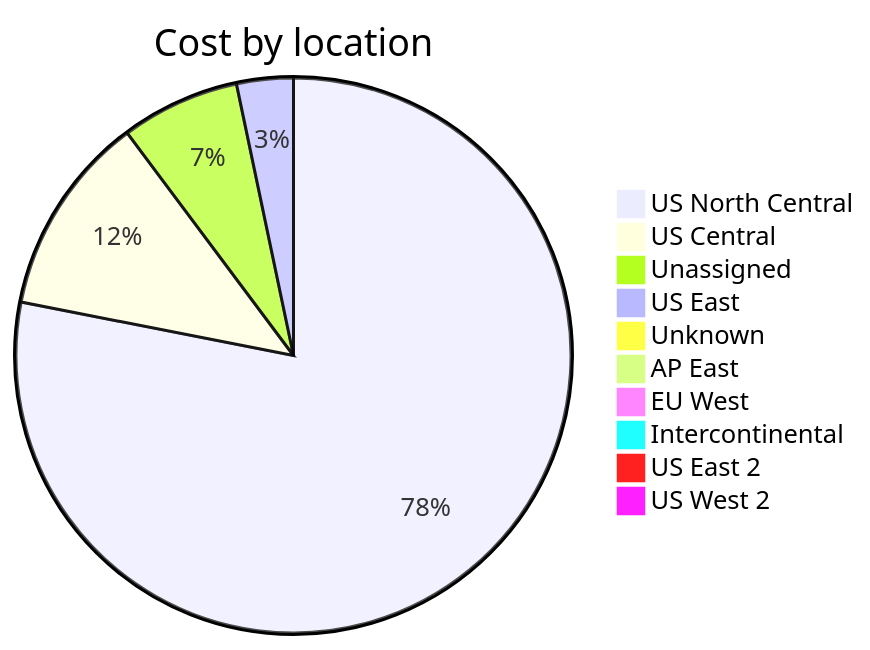
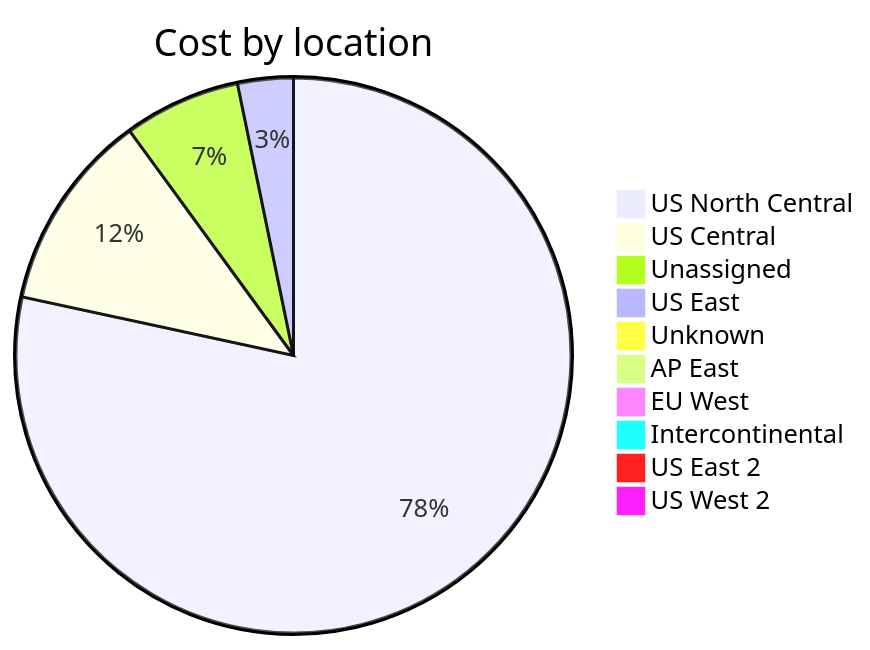
One commit to jpfulton/azure-personal-reports changed the third of 4 diagrams in cost-reports/accumulated-cost.md. Above: the diagram before and after it, drawn with Mermaid. The commit also changed other lines of this file and 3 other files, not shown here.

````diff
--- a/cost-reports/accumulated-cost.md
+++ b/cost-reports/accumulated-cost.md
@@ -132,14 +132,14 @@
 ```mermaid
 pie
    title Cost by location
-   "US North Central" : 131.25
-   "US Central" : 19.67
-   "Unassigned" : 11.63
-   "US East" : 5.54
-   "Unknown" : 0.73
+   "US North Central" : 134.45
+   "US Central" : 19.87
+   "Unassigned" : 11.65
+   "US East" : 5.55
+   "Unknown" : 0.75
    "AP East" : 0.00
    "EU West" : 0.00
    "Intercontinental" : 0.00
    "US East 2" : 0.00
    "US West 2" : 0.00
 ```
````
